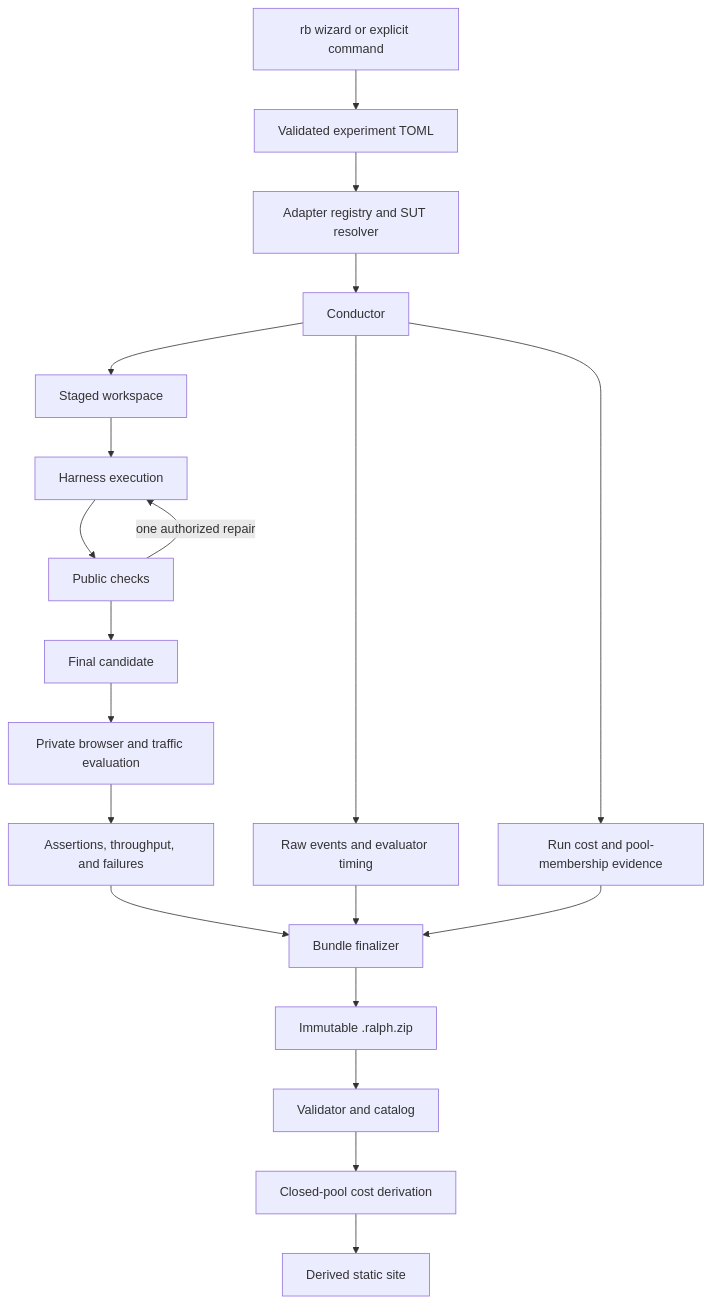
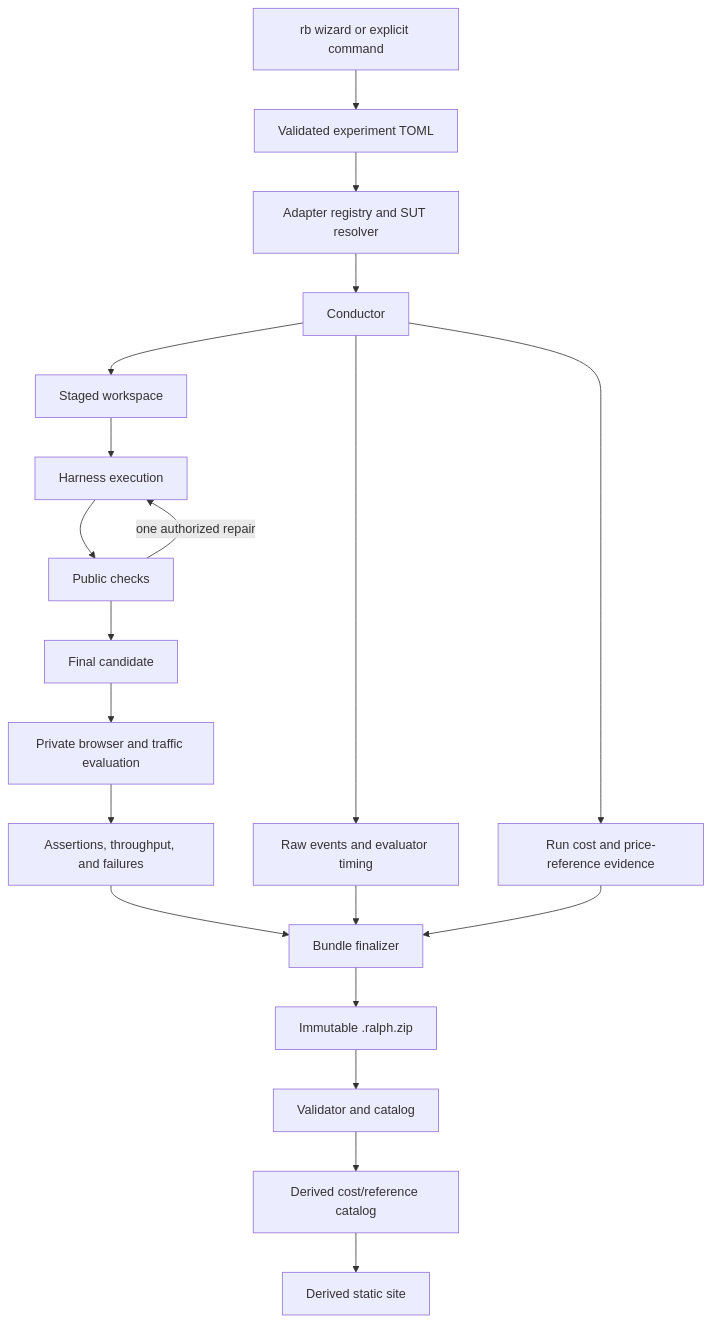
One commit to jeffgrover/ralph-bench changed the diagram in docs/P0_PLAN.md. Above: the diagram before and after it, drawn with Mermaid. The commit also changed other lines of this file and 17 other files, not shown here.

````diff
--- a/docs/P0_PLAN.md
+++ b/docs/P0_PLAN.md
@@ -198,22 +193,22 @@
 ```mermaid
 flowchart TB
     CLI["rb wizard or explicit command"] --> EXP["Validated experiment TOML"]
     EXP --> RES["Adapter registry and SUT resolver"]
     RES --> CON["Conductor"]
     CON --> ISO["Staged workspace"]
     ISO --> RUN["Harness execution"]
     RUN --> PUB["Public checks"]
     PUB -->|one authorized repair| RUN
     PUB --> FIN["Final candidate"]
     FIN --> PRIV["Private browser and traffic evaluation"]
     PRIV --> MET["Assertions, throughput, and failures"]
     CON --> EVT["Raw events and evaluator timing"]
-    CON --> CE["Run cost and pool-membership evidence"]
+    CON --> CE["Run cost and price-reference evidence"]
     MET --> BUN["Bundle finalizer"]
     EVT --> BUN
     CE --> BUN
     BUN --> ZIP["Immutable .ralph.zip"]
     ZIP --> ING["Validator and catalog"]
-    ING --> COST["Closed-pool cost derivation"]
+    ING --> COST["Derived cost/reference catalog"]
     COST --> SITE["Derived static site"]
 ```
````
